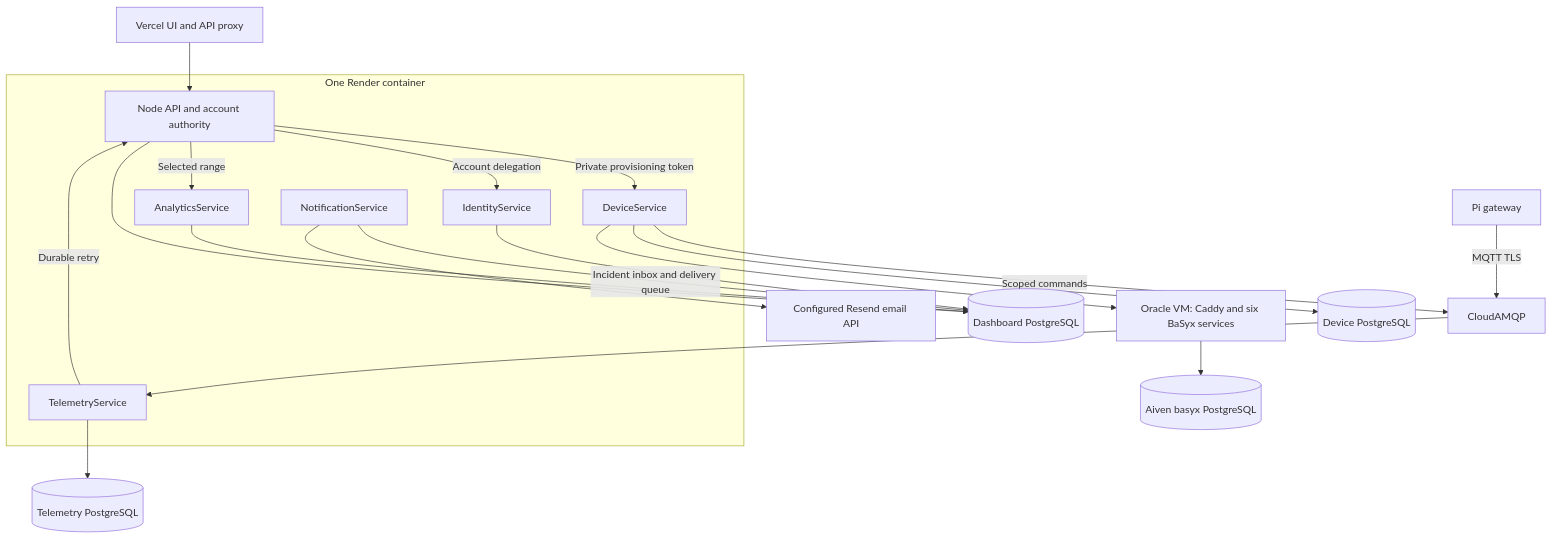
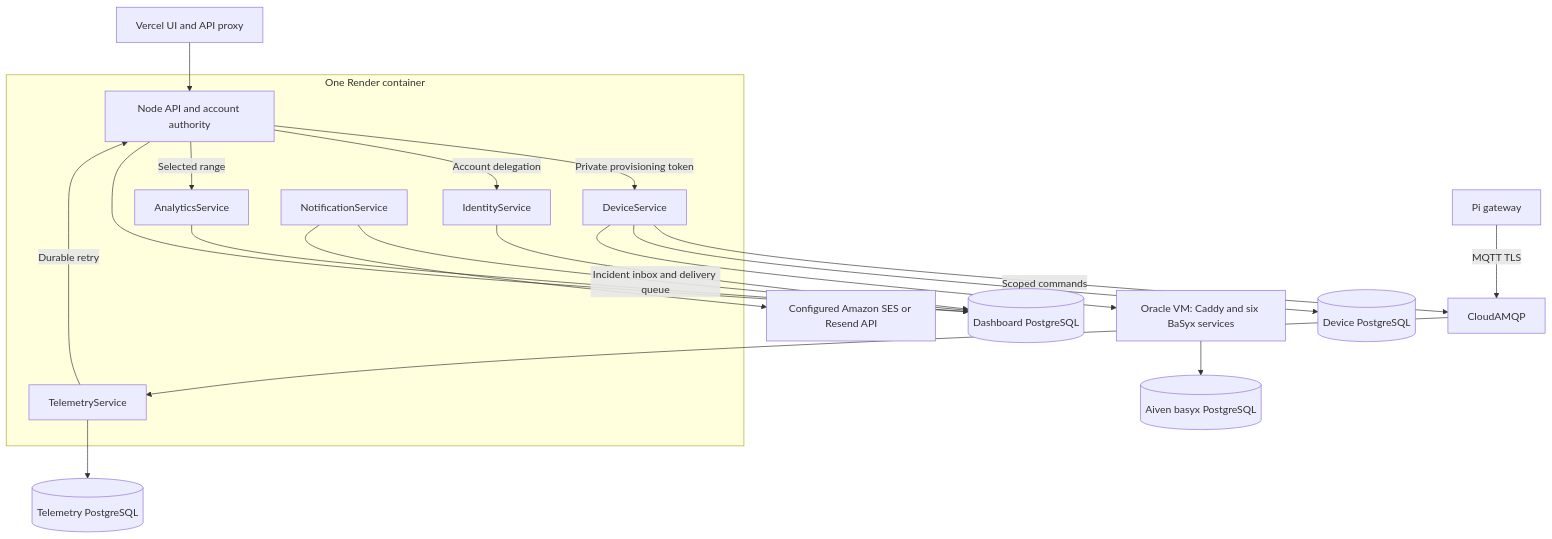
The diagram in ARCHITECTURE.md (DruHustle/smart-factory-iot-backend), drawn with Mermaid before and after one commit. The commit also changed other lines of this file and 11 other files, not shown here.

Commit message:
feat: add Amazon SES transactional email delivery

````diff
--- a/ARCHITECTURE.md
+++ b/ARCHITECTURE.md
@@ -7,23 +7,23 @@
 ```mermaid
 flowchart TB
   UI[Vercel UI and API proxy] --> Node[Node API and account authority]
   subgraph Render[One Render container]
     Node -->|Private provisioning token| Device[DeviceService]
     Node -->|Account delegation| Identity[IdentityService]
     Node -->|Selected range| Analytics[AnalyticsService]
     Telemetry[TelemetryService] -->|Durable retry| Node
     Notifications[NotificationService]
   end
   Node --> DashboardDB[(Dashboard PostgreSQL)]
   Identity --> DashboardDB
   Analytics --> DashboardDB
   Notifications -->|Incident inbox and delivery queue| DashboardDB
-  Notifications --> Resend[Configured Resend email API]
+  Notifications --> Mail[Configured Amazon SES or Resend API]
   Pi[Pi gateway] -->|MQTT TLS| Broker[CloudAMQP]
   Broker --> Telemetry
   Device -->|Scoped commands| Broker
   Telemetry --> TelemetryDB[(Telemetry PostgreSQL)]
   Device --> DeviceDB[(Device PostgreSQL)]
   Device --> AAS[Oracle VM: Caddy and six BaSyx services]
   AAS --> BaSyxDB[(Aiven basyx PostgreSQL)]
 ```
````
